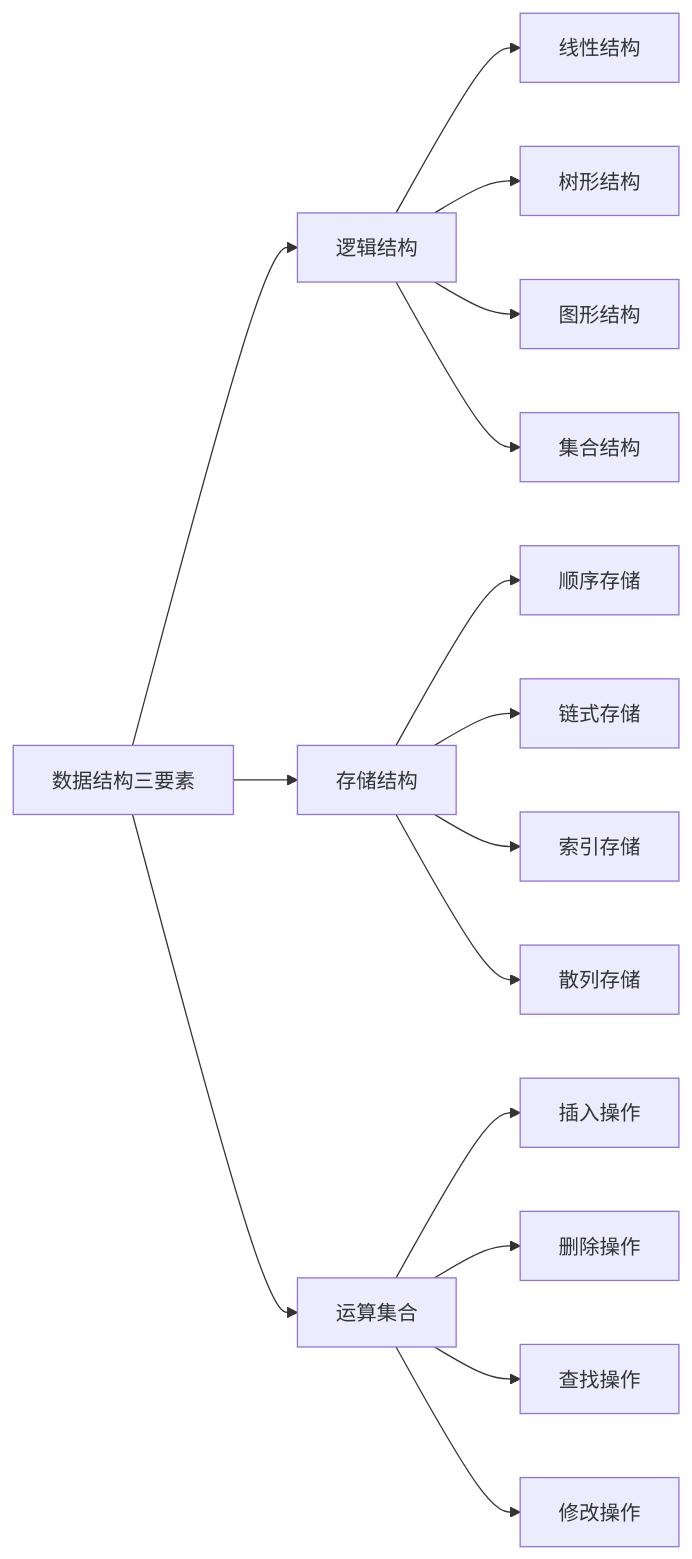
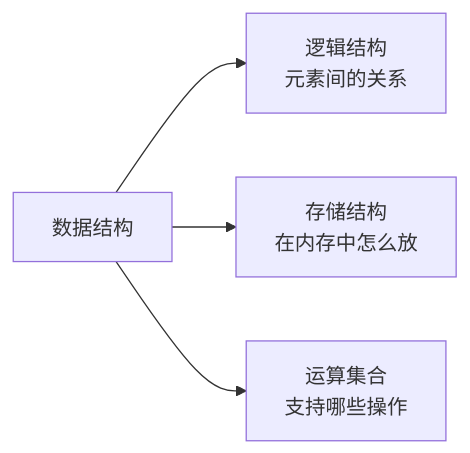
Before and after one commit to chongyang211/YCBookBlog: the second of 7 diagrams in 00.通用技术的提升/08.数据结构算法/02.数据结构设计思想.md, drawn with Mermaid. The commit also changed other lines of this file and 194 other files, not shown here.

````diff
--- a/00.通用技术的提升/08.数据结构算法/02.数据结构设计思想.md
+++ b/00.通用技术的提升/08.数据结构算法/02.数据结构设计思想.md
@@ -262,21 +73,6 @@
 ```mermaid
 graph LR
-    A[数据结构三要素] --> B[逻辑结构]
-    A --> C[存储结构]
-    A --> D[运算集合]
-    
-    B --> B1[线性结构]
-    B --> B2[树形结构]
-    B --> B3[图形结构]
-    B --> B4[集合结构]
-    
-    C --> C1[顺序存储]
-    C --> C2[链式存储]
-    C --> C3[索引存储]
-    C --> C4[散列存储]
-    
-    D --> D1[插入操作]
-    D --> D2[删除操作]
-    D --> D3[查找操作]
-    D --> D4[修改操作]
+    A[数据结构] --> B[逻辑结构<br/>元素间的关系]
+    A --> C[存储结构<br/>在内存中怎么放]
+    A --> D[运算集合<br/>支持哪些操作]
 ```
````
